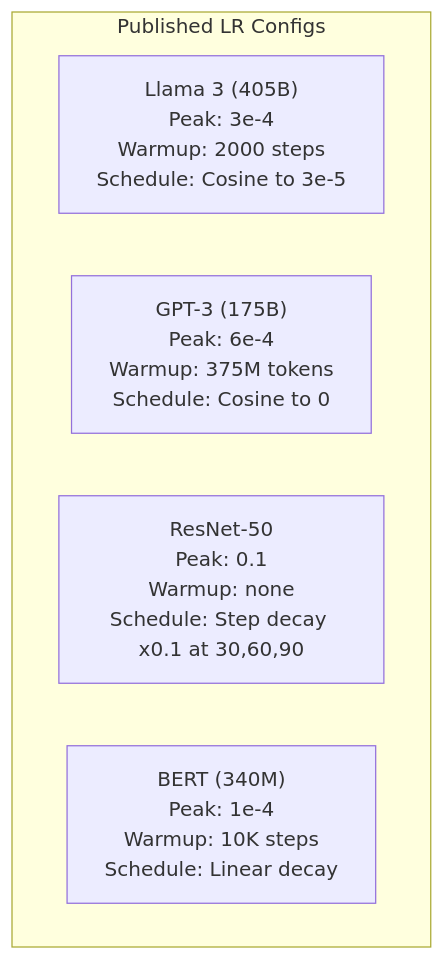
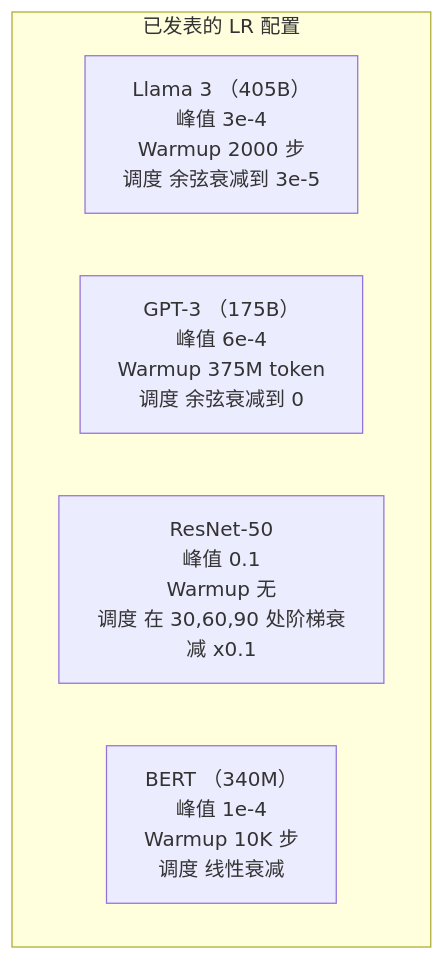
Before and after one commit to JerryC8080/ai-engineering-from-scratch-zh: the third of 3 diagrams in phases/03-deep-learning-core/09-learning-rate-schedules/docs/zh.md, drawn with Mermaid. The commit also changed other lines of this file and 156 other files, not shown here.

First line of the commit message:
i18n(zh): translate mermaid diagram labels in 157 lesson zh.md

````diff
--- a/phases/03-deep-learning-core/09-learning-rate-schedules/docs/zh.md
+++ b/phases/03-deep-learning-core/09-learning-rate-schedules/docs/zh.md
@@ -147,9 +147,9 @@
 ```mermaid
 graph TD
-    subgraph "Published LR Configs"
-        L3["Llama 3 (405B)<br/>Peak: 3e-4<br/>Warmup: 2000 steps<br/>Schedule: Cosine to 3e-5"]
-        G3["GPT-3 (175B)<br/>Peak: 6e-4<br/>Warmup: 375M tokens<br/>Schedule: Cosine to 0"]
-        R50["ResNet-50<br/>Peak: 0.1<br/>Warmup: none<br/>Schedule: Step decay x0.1 at 30,60,90"]
-        B["BERT (340M)<br/>Peak: 1e-4<br/>Warmup: 10K steps<br/>Schedule: Linear decay"]
+    subgraph "已发表的 LR 配置"
+        L3["Llama 3 （405B）<br/>峰值 3e-4<br/>Warmup 2000 步<br/>调度 余弦衰减到 3e-5"]
+        G3["GPT-3 （175B）<br/>峰值 6e-4<br/>Warmup 375M token<br/>调度 余弦衰减到 0"]
+        R50["ResNet-50<br/>峰值 0.1<br/>Warmup 无<br/>调度 在 30,60,90 处阶梯衰减 x0.1"]
+        B["BERT （340M）<br/>峰值 1e-4<br/>Warmup 10K 步<br/>调度 线性衰减"]
     end
 ```
````
